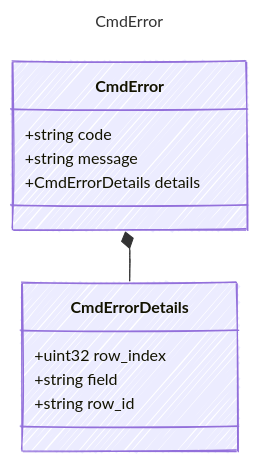
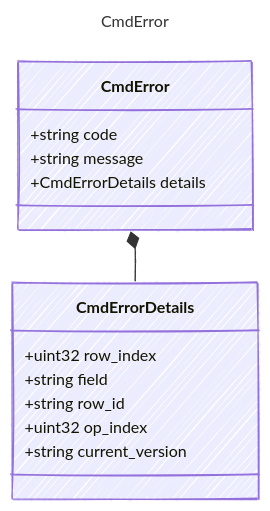
The diagram in contracts/generated/markdown/CmdError.md (sethjuarez/cutready), drawn with Mermaid before and after one commit. The commit also changed 76 other files, not shown here.

````diff
--- a/contracts/generated/markdown/CmdError.md
+++ b/contracts/generated/markdown/CmdError.md
@@ -14,22 +14,24 @@
 ```mermaid
 ---
 title: CmdError
 config:
   look: handDrawn
   theme: colorful
   class:
     hideEmptyMembersBox: true
 ---
 classDiagram
     class CmdError {
         +string code
         +string message
         +CmdErrorDetails details
     }
     class CmdErrorDetails {
         +uint32 row_index
         +string field
         +string row_id
+        +uint32 op_index
+        +string current_version
     }
     CmdError *-- CmdErrorDetails
 ```
````
